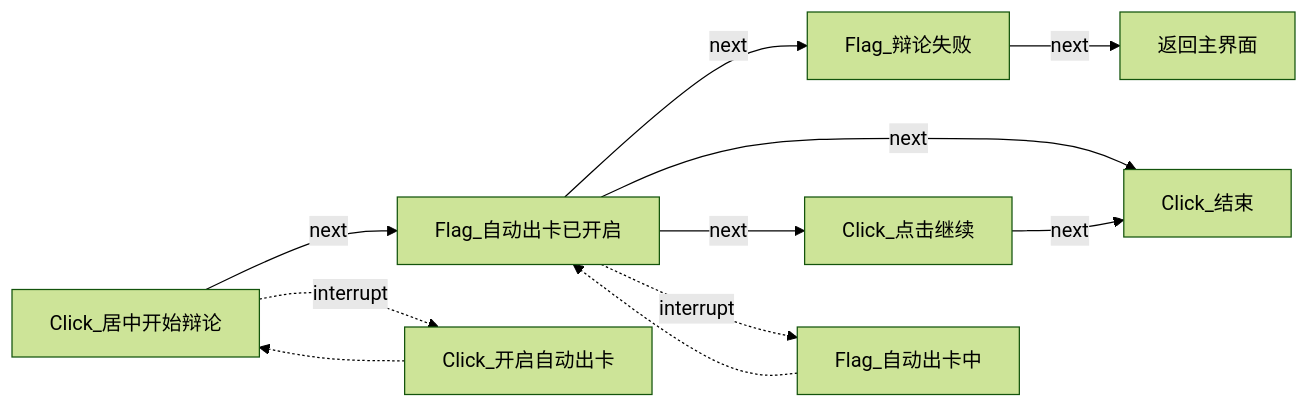
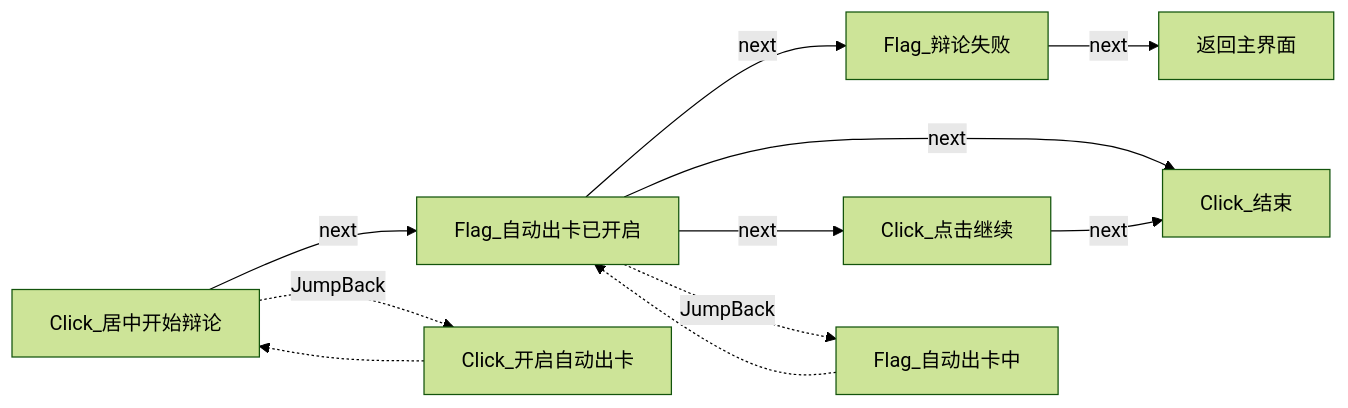
The fifth of 40 diagrams in docs/zh_cn/develop/Pipeline说明.md (Coxwtwo/MaaTOT), drawn with Mermaid (forest theme) before and after one commit. The commit also changed other lines of this file, not shown here.

Commit message:
docs: 完善 Pipeline 说明，新增未名市移动、未名市周任务文档，interrupt→JumpBack(MaaFramework v5.1 起已废弃 interrupt 字段）

````diff
--- a/docs/zh_cn/develop/Pipeline说明.md
+++ b/docs/zh_cn/develop/Pipeline说明.md
@@ -149,15 +149,15 @@
 ```mermaid
 flowchart LR
     n18["Click_居中开始辩论"] -->|next| n20["Flag_自动出卡已开启"]
-    n18 -.->|interrupt| n21["Click_开启自动出卡"]
+    n18 -.->|JumpBack| n21["Click_开启自动出卡"]
     n21 -.-> n18
     n20 -->|next| n22["Flag_辩论失败"]
     n20 -->|next| n23["Click_点击继续"]
     n20 -->|next| n24["Click_结束"]
     n23 -->|next| n24
-    n20-.->|interrupt| n25["Flag_自动出卡中"]
+    n20-.->|JumpBack| n25["Flag_自动出卡中"]
     n25 -.-> n20
     n22 -->|next| n26["返回主界面"]
 
     n25 ~~~ n24
 ```
````
